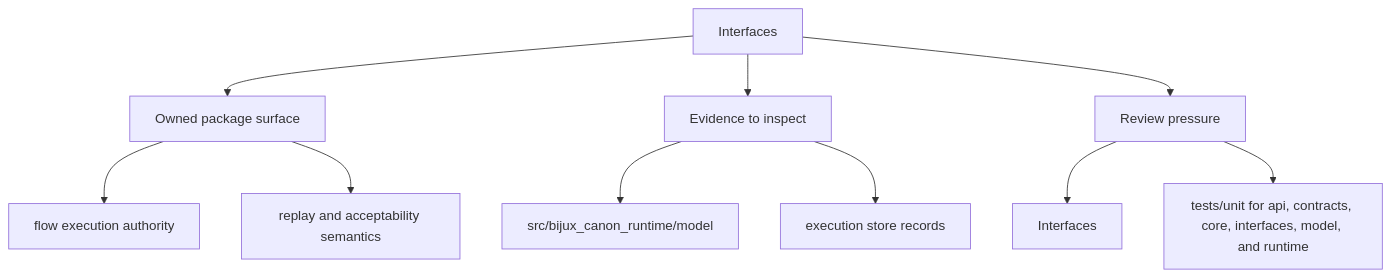
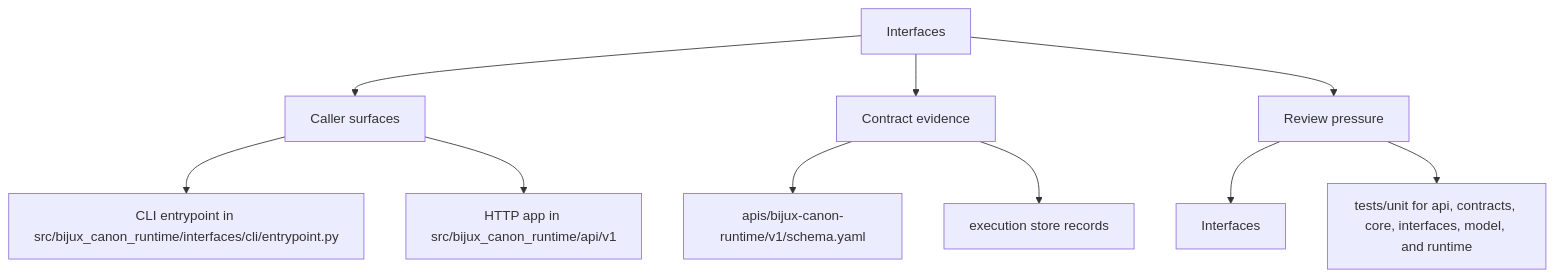
One commit to bijux/bijux-canon changed the second of 2 diagrams in docs/bijux-canon-runtime/interfaces/index.md. Above: the diagram before and after it, drawn with Mermaid. The commit also changed other lines of this file and 250 other files, not shown here.

Commit message:
docs(diagrams): make product page maps more readable

````diff
--- a/docs/bijux-canon-runtime/interfaces/index.md
+++ b/docs/bijux-canon-runtime/interfaces/index.md
@@ -32,22 +32,22 @@
 ```mermaid
 flowchart TD
     page["Interfaces"]
-    focus1["Owned package surface"]
+    focus1["Caller surfaces"]
     page --> focus1
-    focus1_1["flow execution authority"]
+    focus1_1["CLI entrypoint in src/bijux_canon_runtime/interfaces/cli/entrypoint.py"]
     focus1 --> focus1_1
-    focus1_2["replay and acceptability semantics"]
+    focus1_2["HTTP app in src/bijux_canon_runtime/api/v1"]
     focus1 --> focus1_2
-    focus2["Evidence to inspect"]
+    focus2["Contract evidence"]
     page --> focus2
-    focus2_1["src/bijux_canon_runtime/model"]
+    focus2_1["apis/bijux-canon-runtime/v1/schema.yaml"]
     focus2 --> focus2_1
     focus2_2["execution store records"]
     focus2 --> focus2_2
     focus3["Review pressure"]
     page --> focus3
     focus3_1["Interfaces"]
     focus3 --> focus3_1
     focus3_2["tests/unit for api, contracts, core, interfaces, model, and runtime"]
     focus3 --> focus3_2
 ```
````
